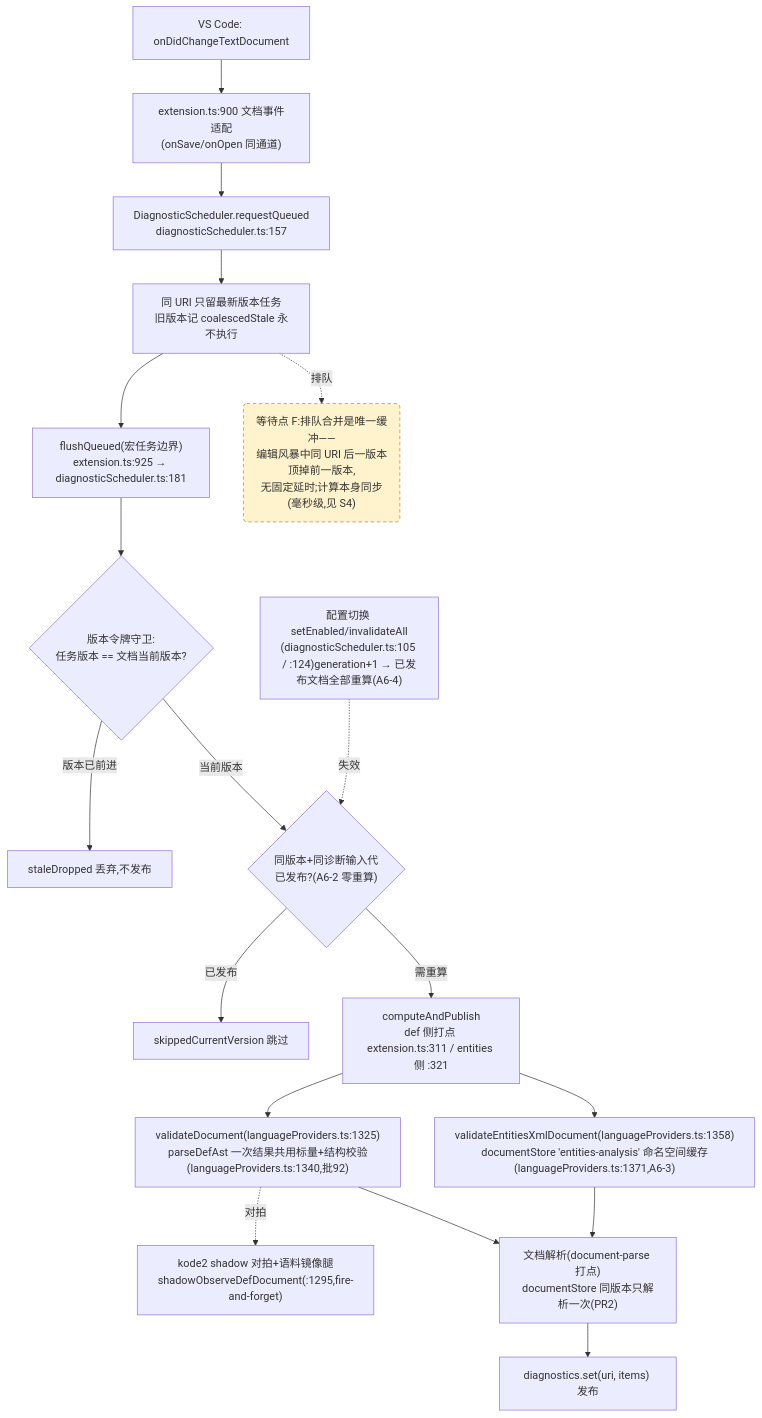
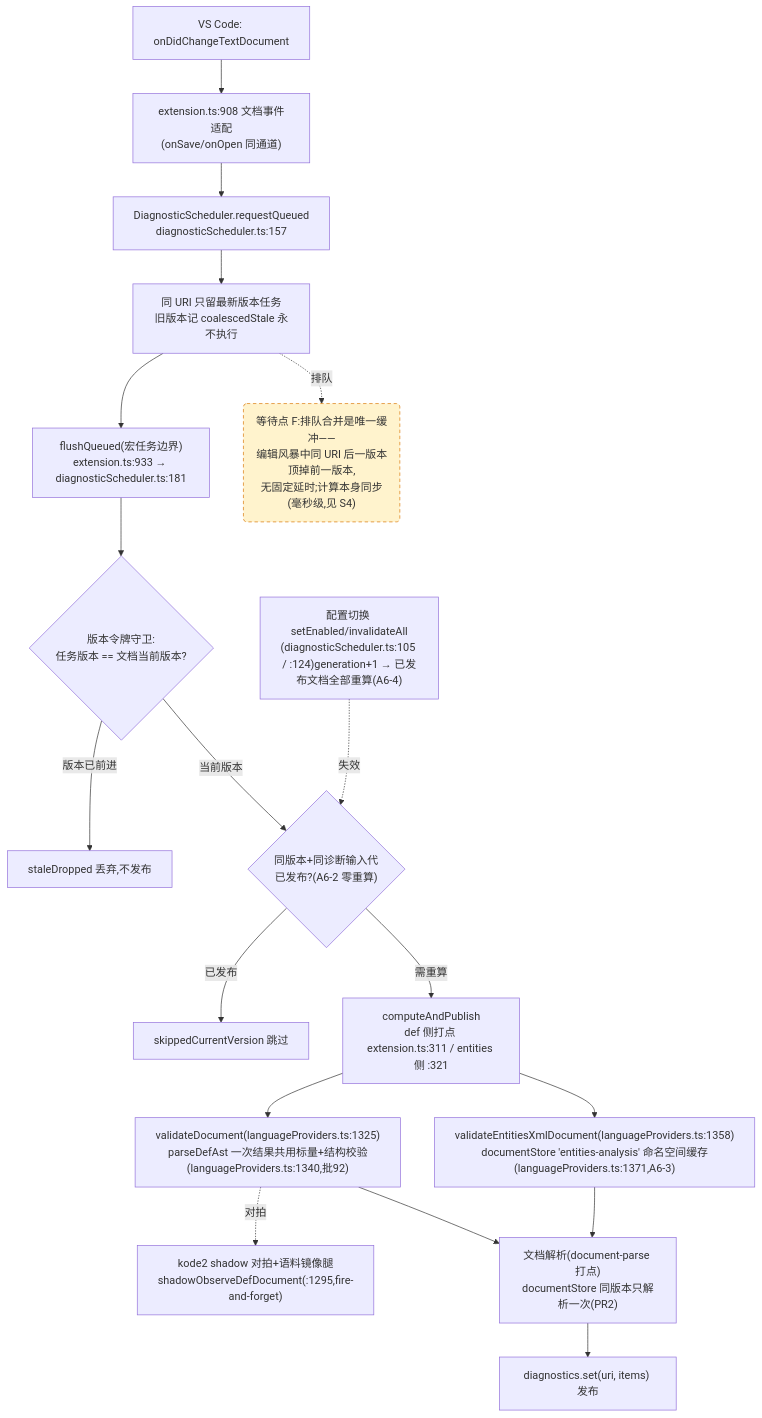
Before and after one commit to cuihairu/kode: the fourth of 4 diagrams in docs/perf/2026-baseline.md, drawn with Mermaid. The commit also changed other lines of this file and 5 other files, not shown here.

````diff
--- a/docs/perf/2026-baseline.md
+++ b/docs/perf/2026-baseline.md
@@ -214,38 +214,38 @@
 ```mermaid
 flowchart TD
   CHG["VS Code: onDidChangeTextDocument"]
-  WATCH["extension.ts:900 文档事件适配<br/>(onSave/onOpen 同通道)"]
+  WATCH["extension.ts:908 文档事件适配<br/>(onSave/onOpen 同通道)"]
   RQ["DiagnosticScheduler.requestQueued<br/>diagnosticScheduler.ts:157"]
   CO["同 URI 只留最新版本任务<br/>旧版本记 coalescedStale 永不执行"]
-  FL["flushQueued(宏任务边界)<br/>extension.ts:925 → diagnosticScheduler.ts:181"]
+  FL["flushQueued(宏任务边界)<br/>extension.ts:933 → diagnosticScheduler.ts:181"]
   VG{"版本令牌守卫:<br/>任务版本 == 文档当前版本?"}
   DROP["staleDropped 丢弃,不发布"]
   GEN{"同版本+同诊断输入代<br/>已发布?(A6-2 零重算)"}
   SKIP["skippedCurrentVersion 跳过"]
   CALC["computeAndPublish<br/>def 侧打点 extension.ts:311 / entities 侧 :321"]
   VD["validateDocument(languageProviders.ts:1325)<br/>parseDefAst 一次结果共用标量+结构校验(languageProviders.ts:1340,批92)"]
   VEX["validateEntitiesXmlDocument(languageProviders.ts:1358)<br/>documentStore 'entities-analysis' 命名空间缓存(languageProviders.ts:1371,A6-3)"]
   SHDD["kode2 shadow 对拍+语料镜像腿<br/>shadowObserveDefDocument(:1295,fire-and-forget)"]
   DS["文档解析(document-parse 打点)<br/>documentStore 同版本只解析一次(PR2)"]
   PUB["diagnostics.set(uri, items) 发布"]
   CFG2["配置切换 setEnabled/invalidateAll<br/>(diagnosticScheduler.ts:105 / :124)generation+1 → 已发布文档全部重算(A6-4)"]
 
   CHG --> WATCH --> RQ --> CO --> FL --> VG
   VG -- "版本已前进" --> DROP
   VG -- "当前版本" --> GEN
   GEN -- "已发布" --> SKIP
   GEN -- "需重算" --> CALC
   CALC --> VD
   CALC --> VEX
   VD --> DS
   VEX --> DS
   DS --> PUB
   VD -.->|对拍| SHDD
   CFG2 -.->|失效| GEN
 
   WAITF("等待点 F:排队合并是唯一缓冲——<br/>编辑风暴中同 URI 后一版本顶掉前一版本,<br/>无固定延时;计算本身同步(毫秒级,见 S4)")
   CO -.->|排队| WAITF
 
   classDef waitPoint fill:#fff3cd,stroke:#d97706,stroke-dasharray:5 4;
   class WAITF waitPoint;
 ```
````
